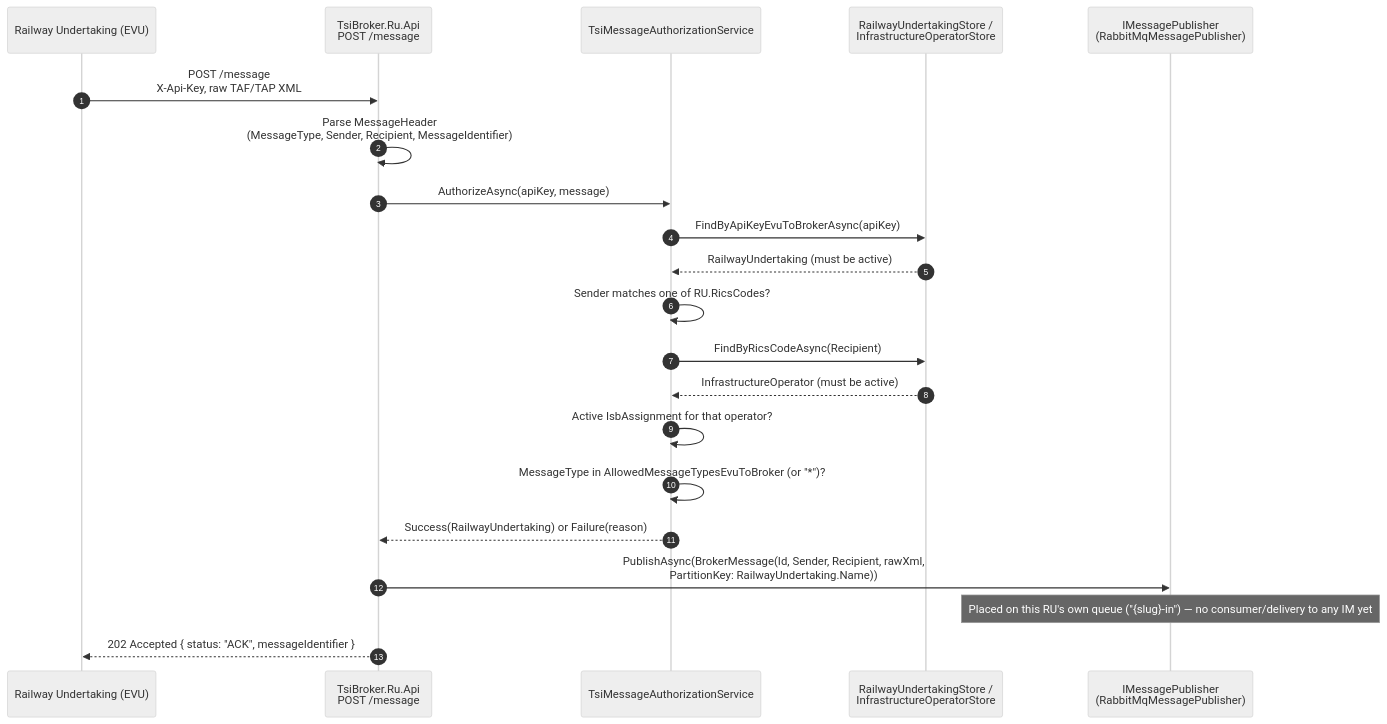
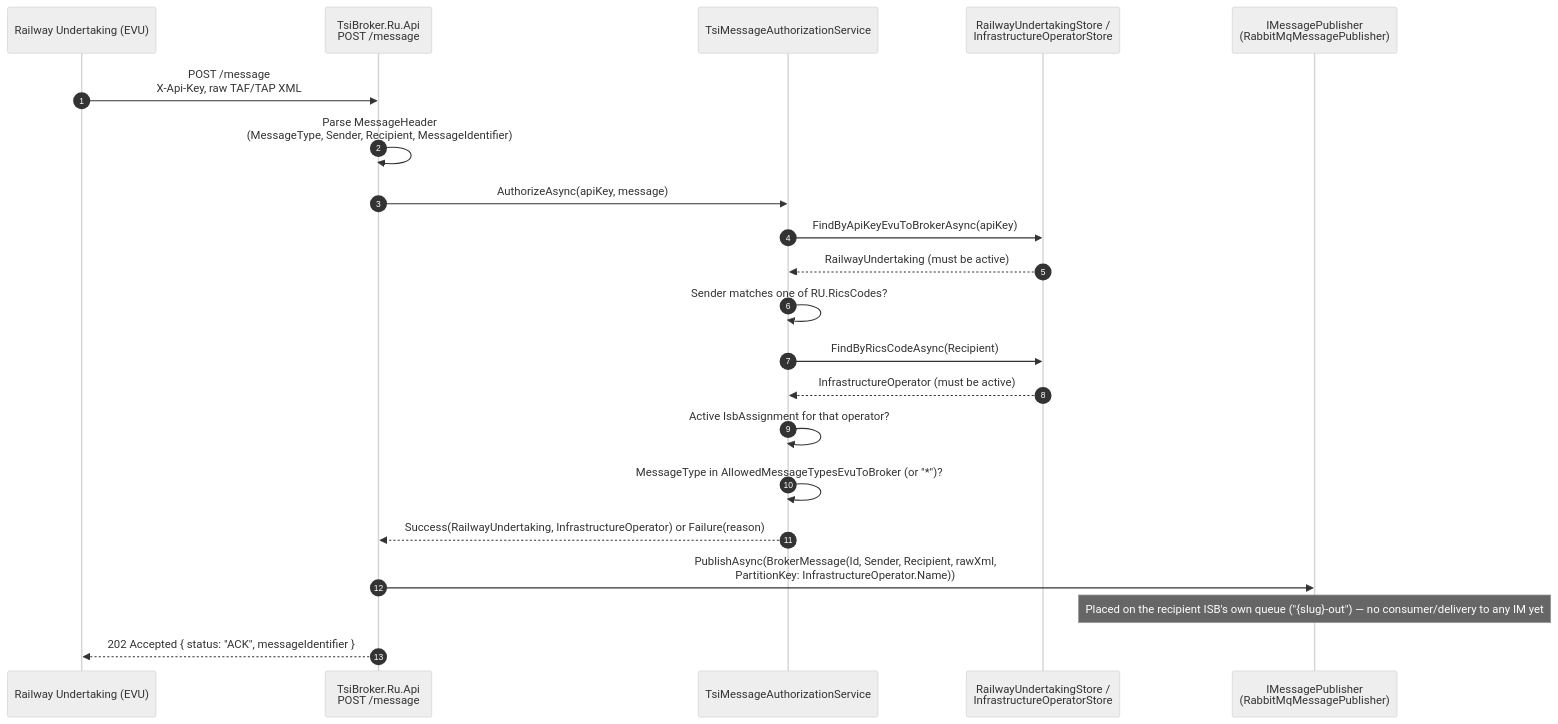
The first of 3 diagrams in wiki/Business-Flow.md (AmIHang/TsiBroker-V2), drawn with Mermaid (neutral theme) before and after one commit. The commit also changed other lines of this file and 14 other files, not shown here.

````diff
--- a/wiki/Business-Flow.md
+++ b/wiki/Business-Flow.md
@@ -11,24 +11,24 @@
 ```mermaid
 sequenceDiagram
     autonumber
     participant RU as Railway Undertaking (EVU)
     participant RuApi as TsiBroker.Ru.Api<br/>POST /message
     participant Auth as TsiMessageAuthorizationService
     participant Store as RailwayUndertakingStore /<br/>InfrastructureOperatorStore
     participant Pub as IMessagePublisher<br/>(RabbitMqMessagePublisher)
 
     RU->>RuApi: POST /message<br/>X-Api-Key, raw TAF/TAP XML
     RuApi->>RuApi: Parse MessageHeader<br/>(MessageType, Sender, Recipient, MessageIdentifier)
     RuApi->>Auth: AuthorizeAsync(apiKey, message)
     Auth->>Store: FindByApiKeyEvuToBrokerAsync(apiKey)
     Store-->>Auth: RailwayUndertaking (must be active)
     Auth->>Auth: Sender matches one of RU.RicsCodes?
     Auth->>Store: FindByRicsCodeAsync(Recipient)
     Store-->>Auth: InfrastructureOperator (must be active)
     Auth->>Auth: Active IsbAssignment for that operator?
     Auth->>Auth: MessageType in AllowedMessageTypesEvuToBroker (or "*")?
-    Auth-->>RuApi: Success(RailwayUndertaking) or Failure(reason)
-    RuApi->>Pub: PublishAsync(BrokerMessage(Id, Sender, Recipient, rawXml,<br/>PartitionKey: RailwayUndertaking.Name))
-    Note over Pub: Placed on this RU's own queue ("{slug}-in") — no consumer/delivery to any IM yet
+    Auth-->>RuApi: Success(RailwayUndertaking, InfrastructureOperator) or Failure(reason)
+    RuApi->>Pub: PublishAsync(BrokerMessage(Id, Sender, Recipient, rawXml,<br/>PartitionKey: InfrastructureOperator.Name))
+    Note over Pub: Placed on the recipient ISB's own queue ("{slug}-out") — no consumer/delivery to any IM yet
     RuApi-->>RU: 202 Accepted { status: "ACK", messageIdentifier }
 ```
````
